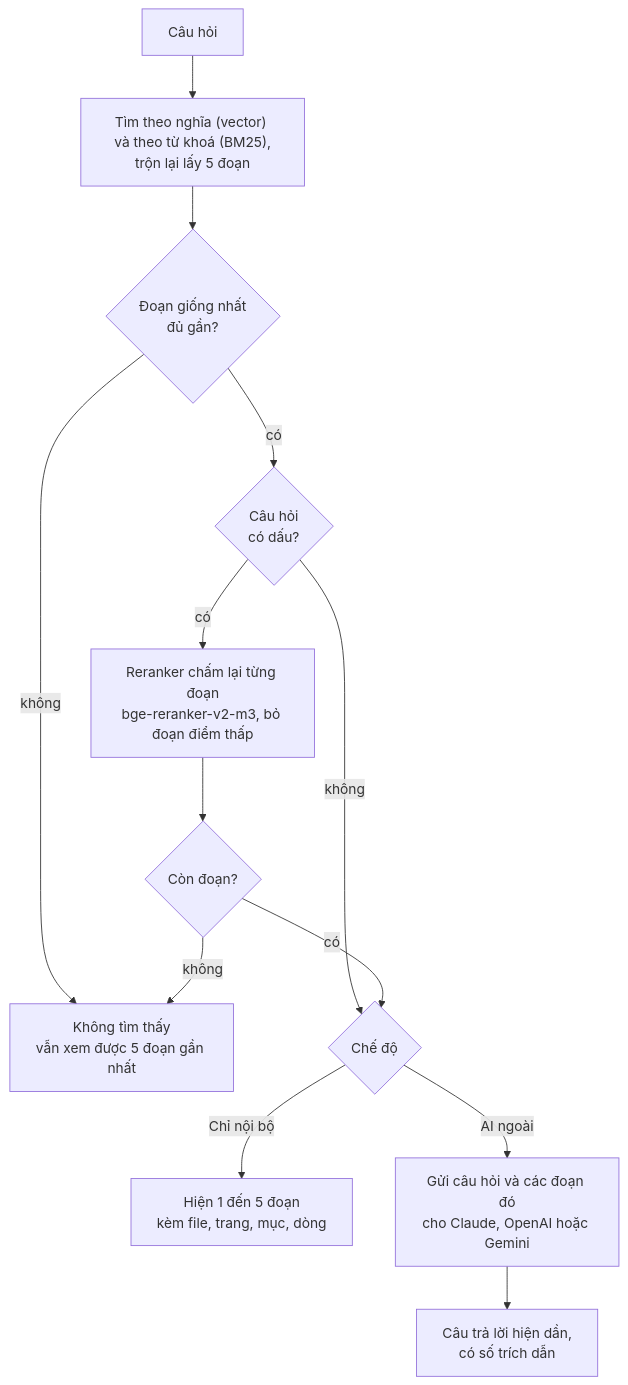
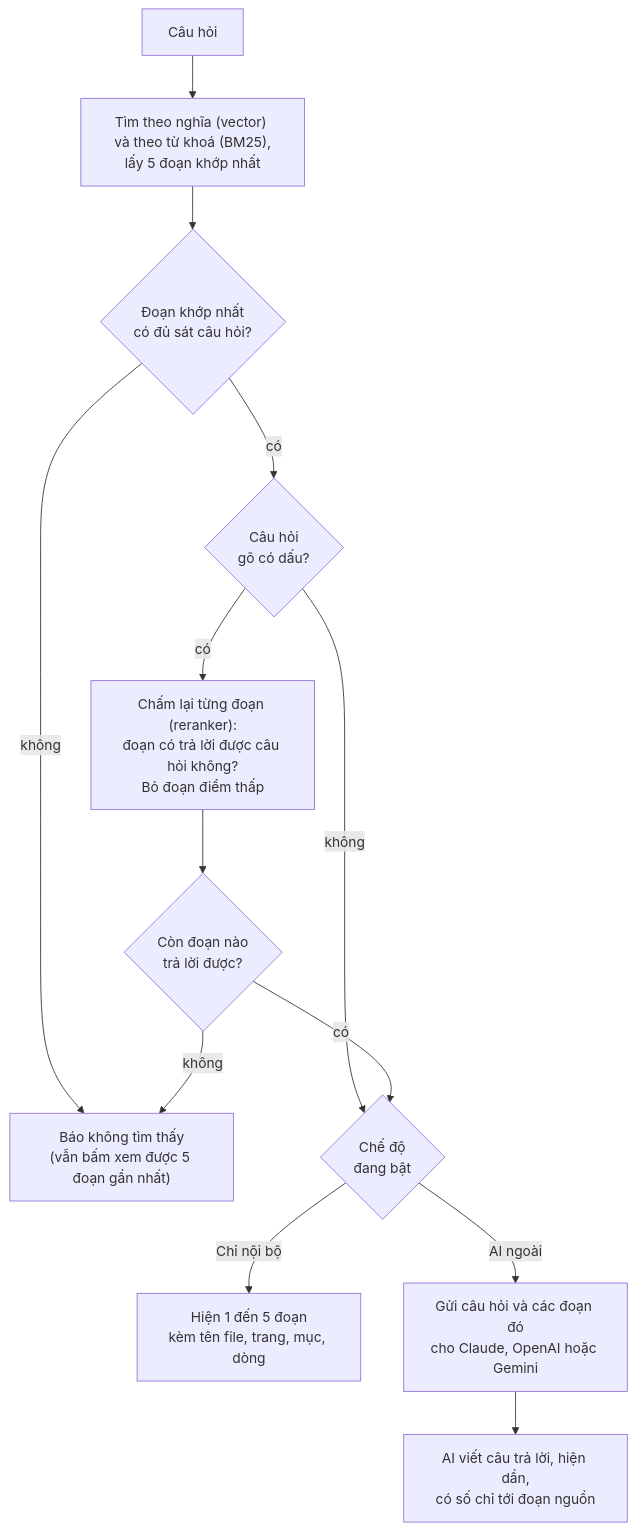
The second of 2 diagrams in README.md (manhctd20/ragdesk), drawn with Mermaid before and after one commit. The commit also changed other lines of this file, not shown here.

Commit message:
docs: plain-language pass over README and flow diagrams

````diff
--- a/README.md
+++ b/README.md
@@ -42,15 +42,15 @@
 ```mermaid
 flowchart TD
-  Q["Câu hỏi"] --> S["Tìm theo nghĩa (vector) và theo từ khoá (BM25),<br>trộn lại lấy 5 đoạn"]
-  S --> G{"Đoạn giống nhất<br>đủ gần?"}
-  G -- không --> NF["Không tìm thấy<br>vẫn xem được 5 đoạn gần nhất"]
-  G -- có --> D{"Câu hỏi<br>có dấu?"}
+  Q["Câu hỏi"] --> S["Tìm theo nghĩa (vector) và theo từ khoá (BM25),<br>lấy 5 đoạn khớp nhất"]
+  S --> G{"Đoạn khớp nhất<br>có đủ sát câu hỏi?"}
+  G -- không --> NF["Báo không tìm thấy<br>(vẫn bấm xem được 5 đoạn gần nhất)"]
+  G -- có --> D{"Câu hỏi<br>gõ có dấu?"}
   D -- không --> M
-  D -- có --> RR["Reranker chấm lại từng đoạn<br>bge-reranker-v2-m3, bỏ đoạn điểm thấp"]
-  RR --> C{"Còn đoạn?"}
+  D -- có --> RR["Chấm lại từng đoạn (reranker):<br>đoạn có trả lời được câu hỏi không?<br>Bỏ đoạn điểm thấp"]
+  RR --> C{"Còn đoạn nào<br>trả lời được?"}
   C -- không --> NF
-  C -- có --> M{"Chế độ"}
-  M -- Chỉ nội bộ --> SH["Hiện 1 đến 5 đoạn<br>kèm file, trang, mục, dòng"]
+  C -- có --> M{"Chế độ<br>đang bật"}
+  M -- Chỉ nội bộ --> SH["Hiện 1 đến 5 đoạn<br>kèm tên file, trang, mục, dòng"]
   M -- AI ngoài --> AI["Gửi câu hỏi và các đoạn đó<br>cho Claude, OpenAI hoặc Gemini"]
-  AI --> ANS["Câu trả lời hiện dần,<br>có số trích dẫn"]
+  AI --> ANS["AI viết câu trả lời, hiện dần,<br>có số chỉ tới đoạn nguồn"]
 ```
````
